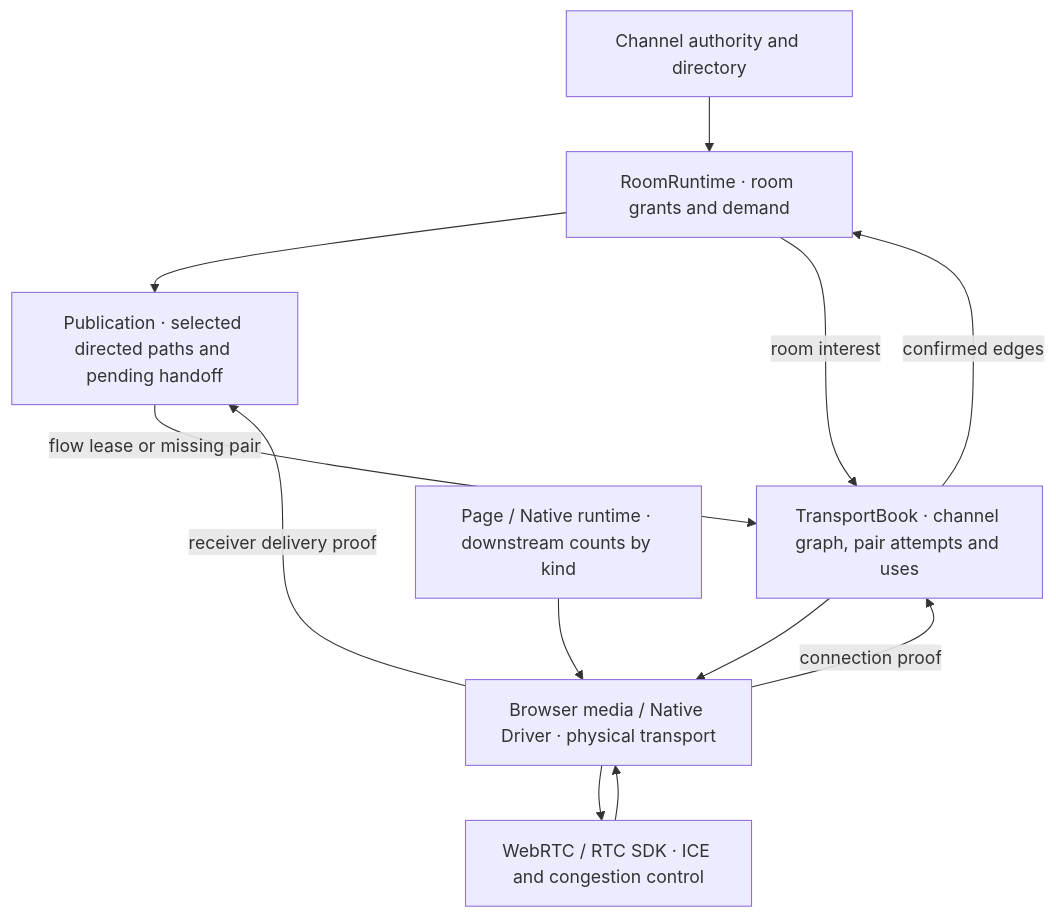
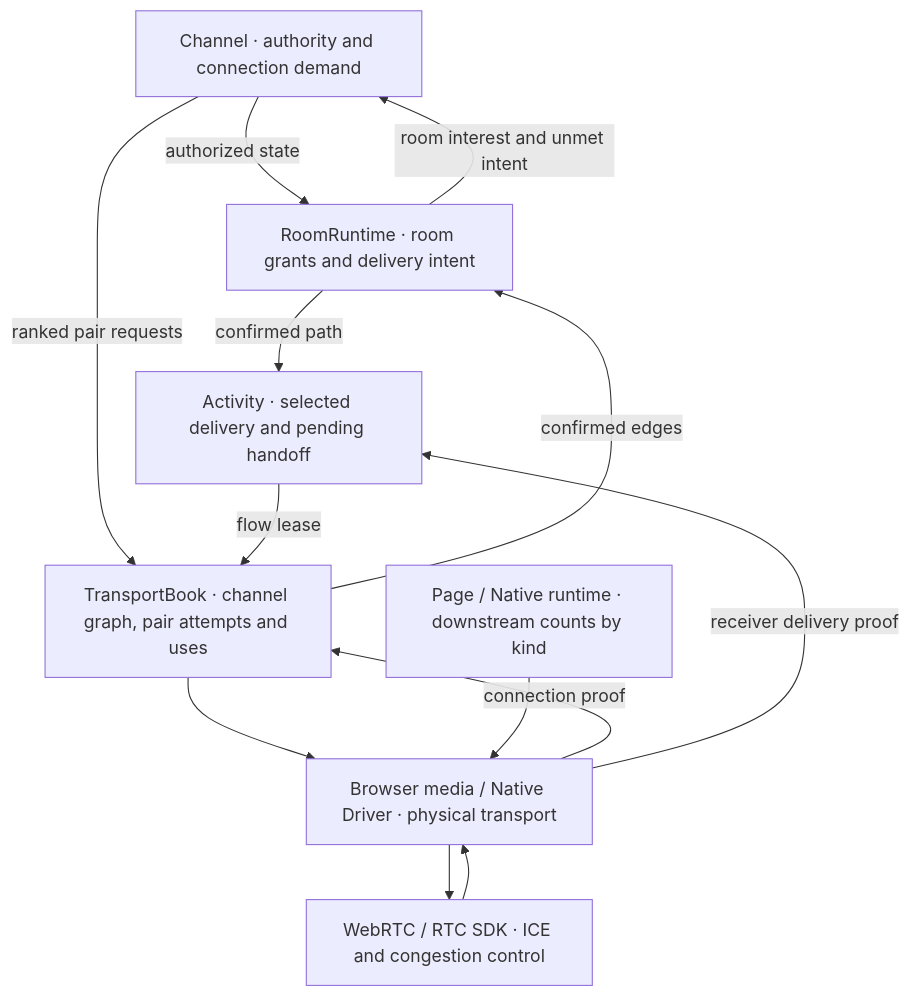
Before and after one commit to TNTcraftHIM/Piik: the diagram in docs/research/channel-forwarding-plan.md, drawn with Mermaid. The commit also changed other lines of this file and 5 other files, not shown here.

Commit message:
docs(architecture): settle connection and delivery ownership

````diff
--- a/docs/research/channel-forwarding-plan.md
+++ b/docs/research/channel-forwarding-plan.md
@@ -493,14 +525,15 @@
 ```mermaid
 flowchart TD
-  C["Channel authority and directory"] --> R["RoomRuntime · room grants and demand"]
-  R --> P["Publication · selected directed paths and pending handoff"]
-  R -->|"room interest"| T["TransportBook · channel graph, pair attempts and uses"]
-  P -->|"flow lease or missing pair"| T
+  C["Channel · authority and connection demand"] -->|"authorized state"| R["RoomRuntime · room grants and delivery intent"]
+  R -->|"confirmed path"| P["Activity · selected delivery and pending handoff"]
+  R -->|"room interest and unmet intent"| C
+  C -->|"ranked pair requests"| T["TransportBook · channel graph, pair attempts and uses"]
+  P -->|"flow lease"| T
   T --> E["Browser media / Native Driver · physical transport"]
   A["Page / Native runtime · downstream counts by kind"] --> E
   E --> S["WebRTC / RTC SDK · ICE and congestion control"]
   S --> E
   E -->|"connection proof"| T
   T -->|"confirmed edges"| R
   E -->|"receiver delivery proof"| P
 ```
````
